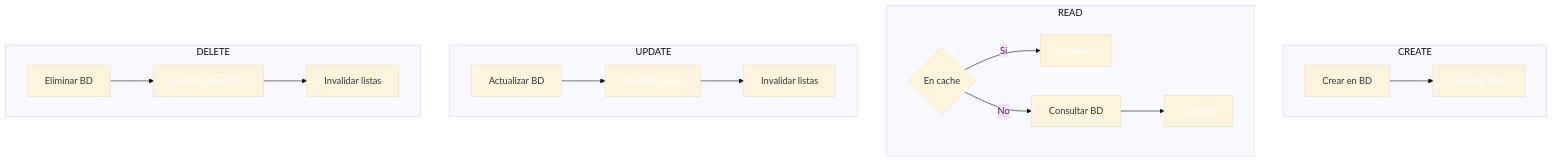
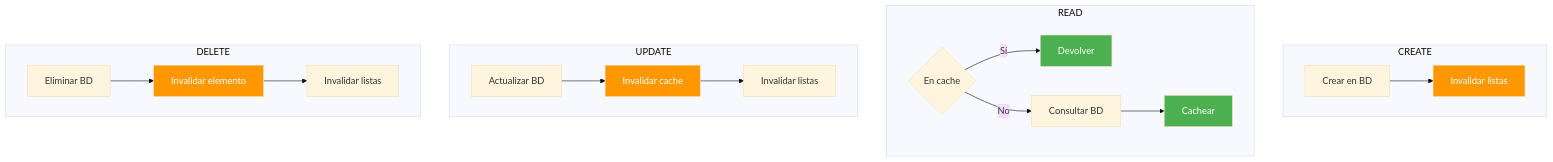
One commit to joseluisgs/DesarrolloWebEntornosServidor-02-2026-2027 changed diagram 15 of 17 in 14-cache-redis.md. Above: the diagram before and after it, drawn with Mermaid (base theme). The commit also changed other lines of this file, not shown here.

````diff
--- a/14-cache-redis.md
+++ b/14-cache-redis.md
@@ -839,23 +919,23 @@
 ```mermaid
 flowchart TD
     subgraph "CREATE"
         A1["Crear en BD"] --> A2["Invalidar listas"]
     end
     subgraph "READ"
         B1{"En cache"} -->|Sí| B2["Devolver"]
         B1 -->|No| B3["Consultar BD"] --> B4["Cachear"]
     end
     subgraph "UPDATE"
         C1["Actualizar BD"] --> C2["Invalidar cache"]
         C2 --> C3["Invalidar listas"]
     end
     subgraph "DELETE"
         D1["Eliminar BD"] --> D2["Invalidar elemento"]
         D2 --> D3["Invalidar listas"]
     end
-    style A2 fill:#FF980,color:#fff0,color:#fff
-    style B2 fill:#4CAF5,color:#fff0,color:#fff
-    style B4 fill:#4CAF5,color:#fff0,color:#fff
-    style C2 fill:#FF980,color:#fff0,color:#fff
-    style D2 fill:#FF980,color:#fff0,color:#fff
+    style A2 fill:#FF9800,color:#fff
+    style B2 fill:#4CAF50,color:#fff
+    style B4 fill:#4CAF50,color:#fff
+    style C2 fill:#FF9800,color:#fff
+    style D2 fill:#FF9800,color:#fff
 ```
````
